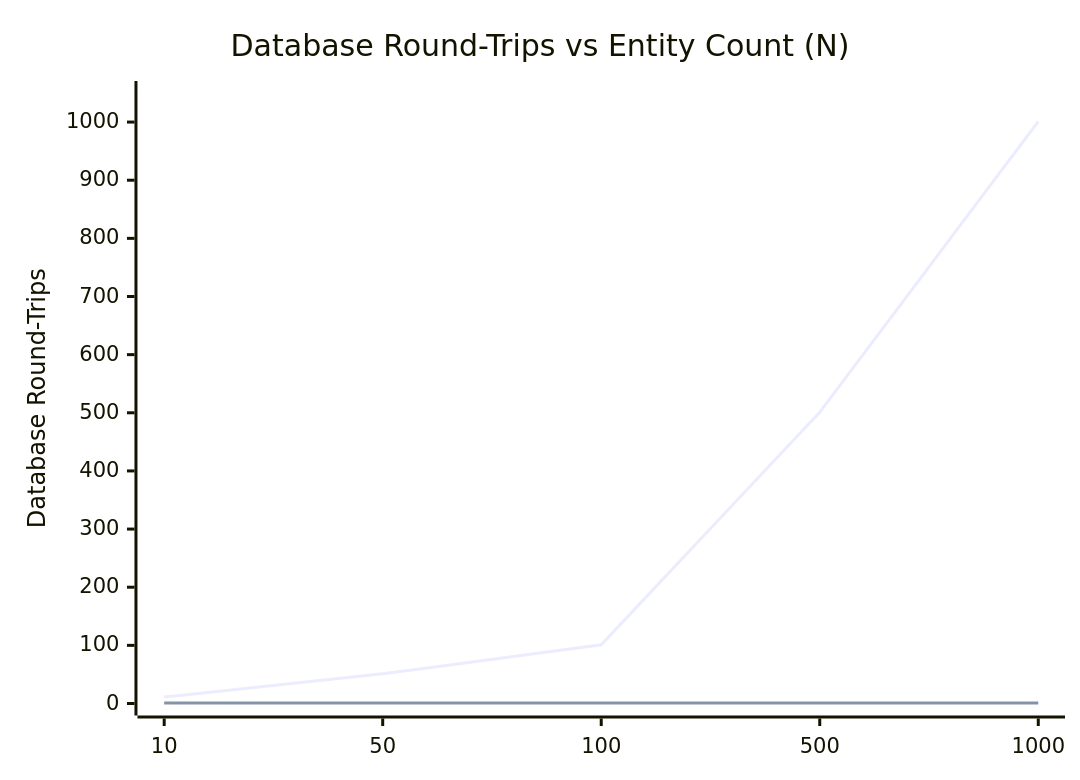
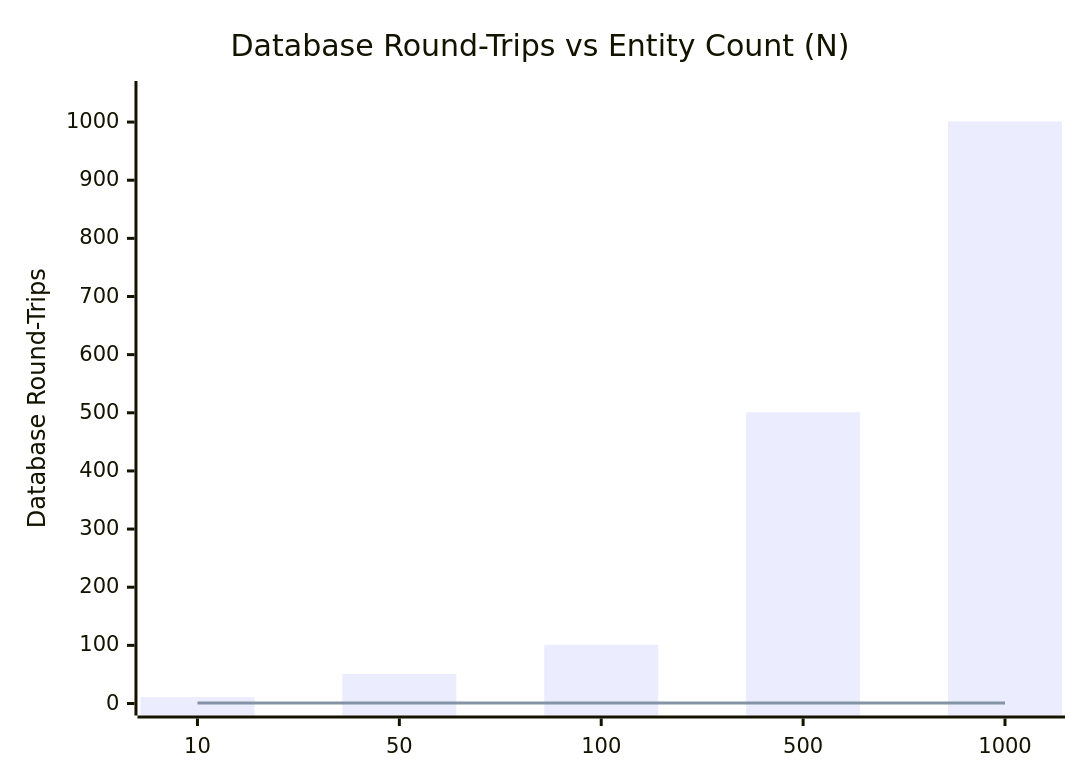
One commit to JusteenJamesTolentino/school-project changed the second of 2 diagrams in README.md. Above: the diagram before and after it, drawn with Mermaid. The commit also changed other lines of this file and 1 other file, not shown here.

````diff
--- a/README.md
+++ b/README.md
@@ -100,8 +102,8 @@
 ```mermaid
 xychart-beta
     title "Database Round-Trips vs Entity Count (N)"
     x-axis ["10", "50", "100", "500", "1000"]
     y-axis "Database Round-Trips" 0 --> 1050
-    line "Legacy N+1 (1 + N Round-Trips)" [11, 51, 101, 501, 1001]
-    line "Optimized (Single JOIN O(1))" [1, 1, 1, 1, 1]
+    bar [11, 51, 101, 501, 1001]
+    line [1, 1, 1, 1, 1]
 ```
````
